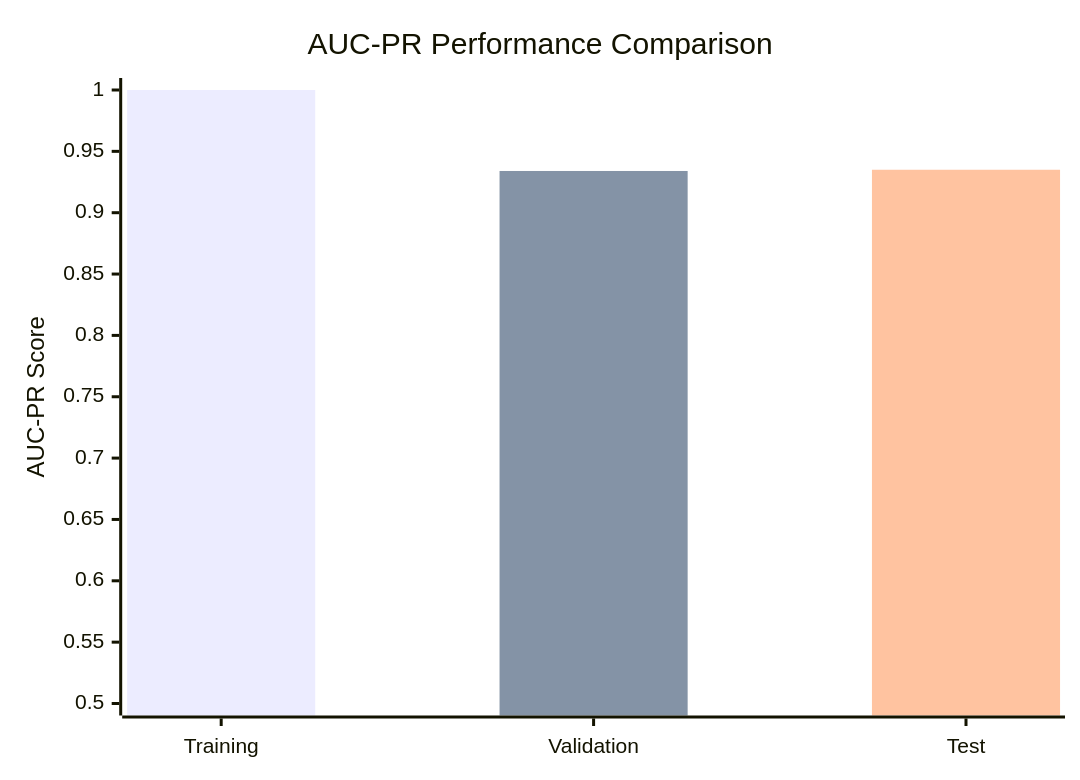
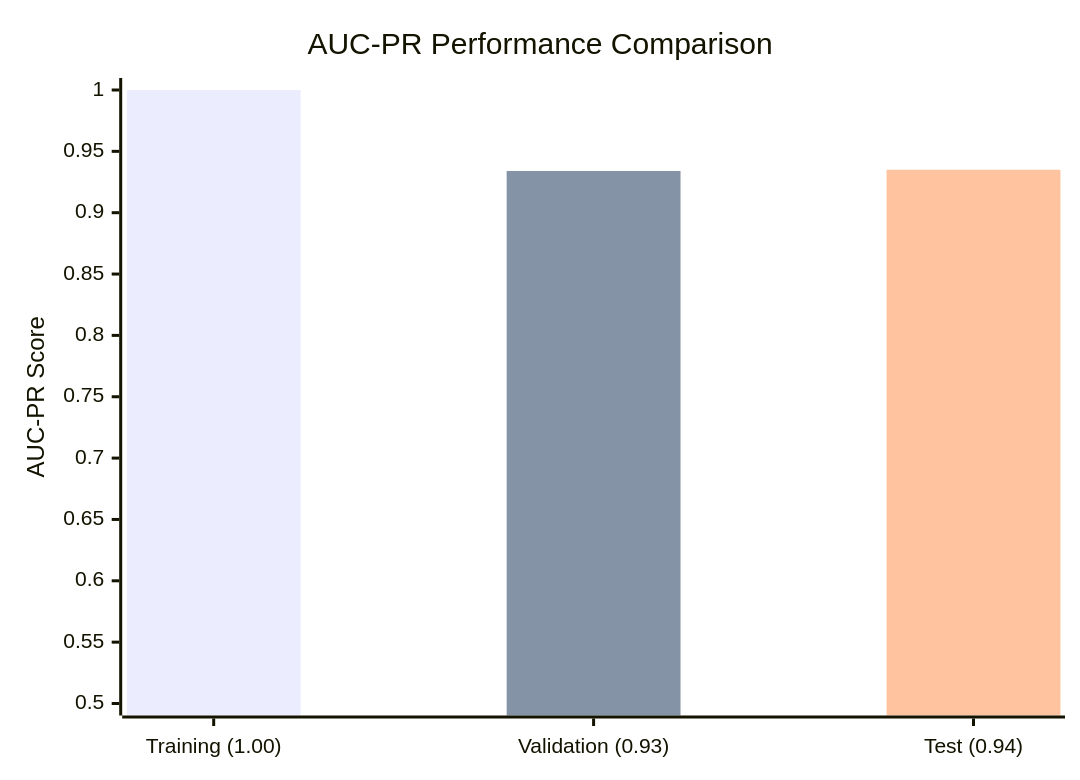
One commit to Daniel-Lachner-Piza/EEG_Characterizer_HFO changed the first of 5 diagrams in README.md. Above: the diagram before and after it, drawn with Mermaid. The commit also changed other lines of this file, not shown here.

````diff
--- a/README.md
+++ b/README.md
@@ -42,9 +42,9 @@
 ```mermaid
 xychart-beta
     title "AUC-PR Performance Comparison"
-    x-axis [Training, Validation, Test]
+    x-axis ["Training (1.00)", "Validation (0.93)", "Test (0.94)"]
     y-axis "AUC-PR Score" 0.5 --> 1.0
     bar "Training (1.00)" [1.000, 0, 0]
     bar "Validation (0.93)" [0, 0.934, 0]
     bar "Test (0.94)" [0, 0, 0.935]
 ```
````
